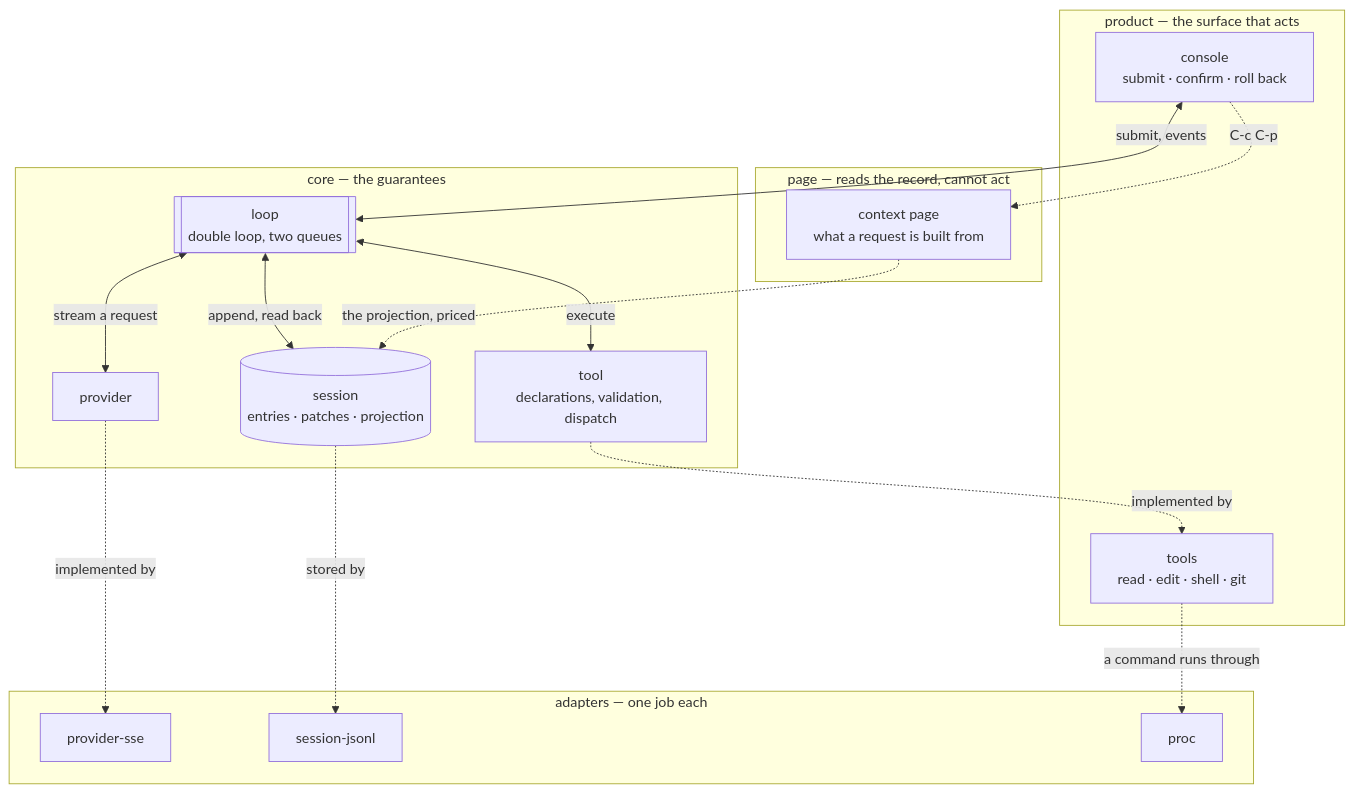
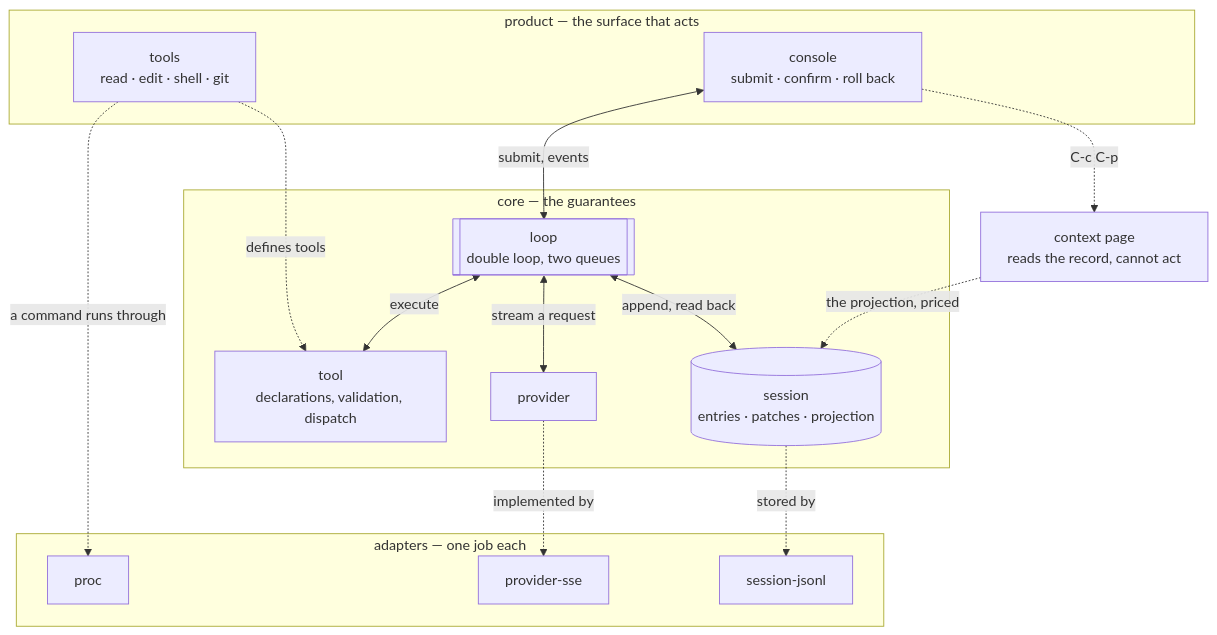
One commit to OverbearingPearl/pearl changed the second of 2 diagrams in README.md. Above: the diagram before and after it, drawn with Mermaid. The commit also changed other lines of this file, not shown here.

First line of the commit message:
Stop drawing the page as a floor under the console

````diff
--- a/README.md
+++ b/README.md
@@ -212,31 +214,29 @@
 ```mermaid
 flowchart TB
   subgraph product["product — the surface that acts"]
     tools["tools<br/>read · edit · shell · git"]
     console["console<br/>submit · confirm · roll back"]
   end
-  subgraph page["page — reads the record, cannot act"]
-    context["context page<br/>what a request is built from"]
-  end
+  context["context page<br/>reads the record, cannot act"]
   subgraph core["core — the guarantees"]
     loop[["loop<br/>double loop, two queues"]]
     tool["tool<br/>declarations, validation, dispatch"]
     session[("session<br/>entries · patches · projection")]
     provider["provider"]
   end
   subgraph adapters["adapters — one job each"]
+    proc["proc"]
     sse["provider-sse"]
     jsonl["session-jsonl"]
-    proc["proc"]
   end
   console <-->|submit, events| loop
+  console -.->|C-c C-p| context
+  context -.->|the projection, priced| session
   loop <-->|execute| tool
-  tool -.->|implemented by| tools
+  tools -.->|defines tools| tool
   loop <-->|stream a request| provider
   loop <-->|append, read back| session
   provider -.->|implemented by| sse
   session -.->|stored by| jsonl
   tools -.->|a command runs through| proc
-  console -.->|C-c C-p| context
-  context -.->|the projection, priced| session
 ```
````
